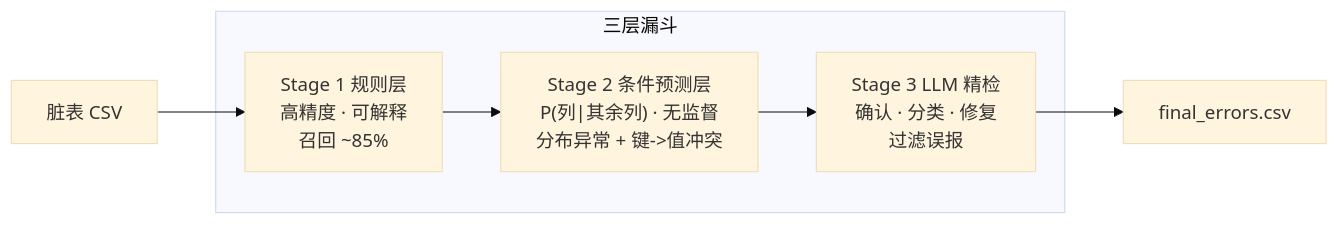
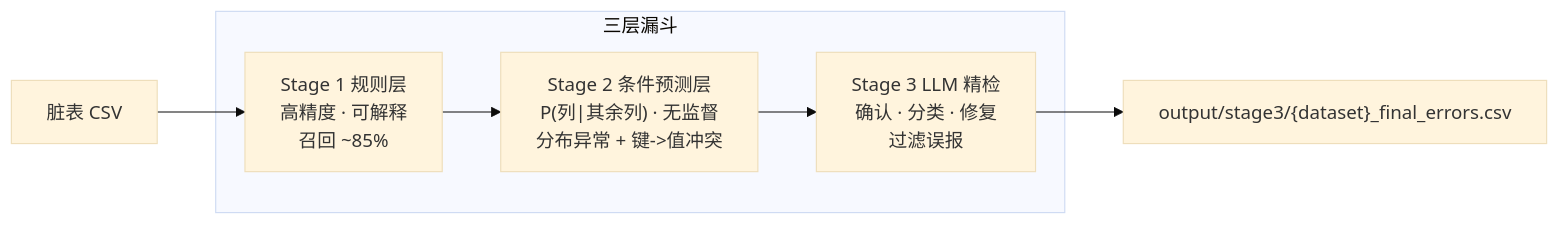
One commit to 1993371829/error_detect changed the first of 8 diagrams in PIPELINE.md. Above: the diagram before and after it, drawn with Mermaid (base theme). The commit also changed other lines of this file and 30 other files, not shown here.

````diff
--- a/PIPELINE.md
+++ b/PIPELINE.md
@@ -30,9 +30,9 @@
 ```mermaid
 flowchart LR
     subgraph funnel["三层漏斗"]
         S1["Stage 1 规则层<br/>高精度 · 可解释<br/>召回 ~85%"]
         S2["Stage 2 条件预测层<br/>P(列|其余列) · 无监督<br/>分布异常 + 键->值冲突"]
         S3["Stage 3 LLM 精检<br/>确认 · 分类 · 修复<br/>过滤误报"]
     end
-    IN["脏表 CSV"] --> S1 --> S2 --> S3 --> OUT["final_errors.csv"]
+    IN["脏表 CSV"] --> S1 --> S2 --> S3 --> OUT["output/stage3/{dataset}_final_errors.csv"]
 ```
````
